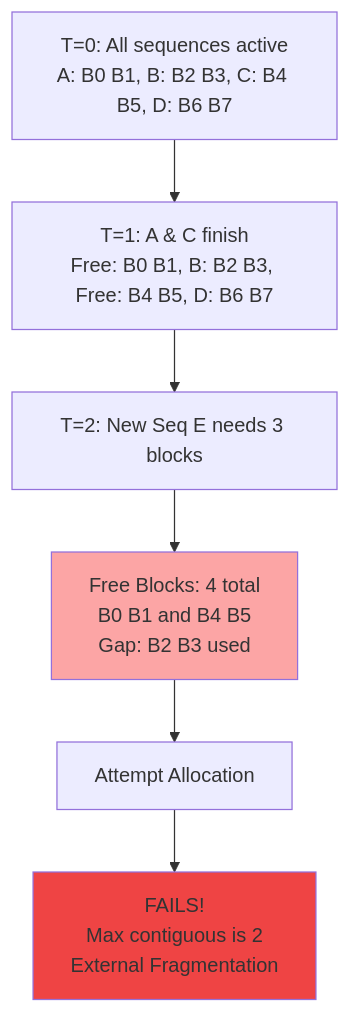
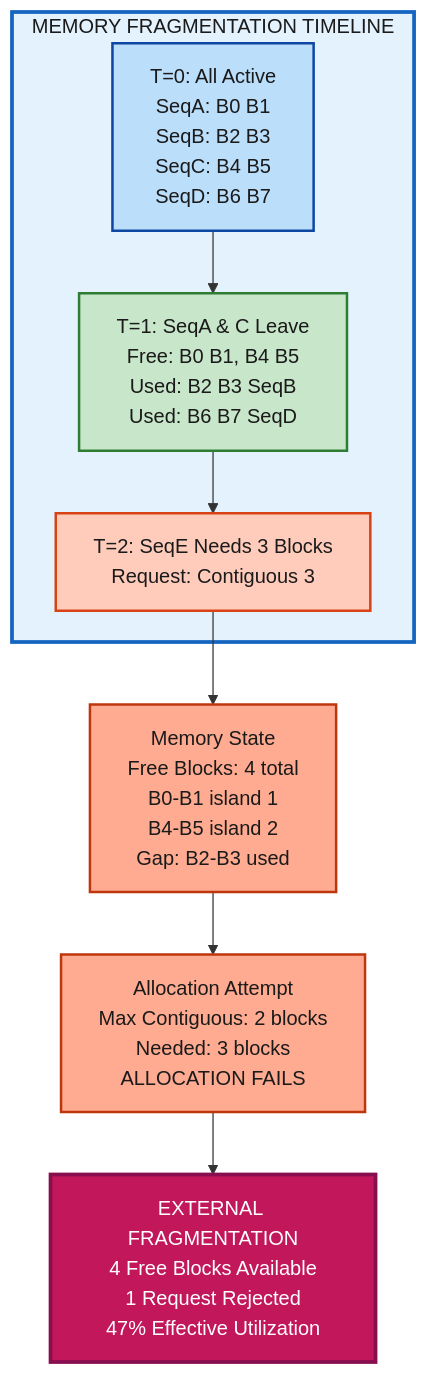
One commit to Shahriarin2garden/vllm_from_scratch changed the fourth of 9 diagrams in lab0.3/README.md. Above: the diagram before and after it, drawn with Mermaid. The commit also changed other lines of this file, not shown here.

Commit message:
Enhance Lab 0.3 README with detailed diagrams for KV cache operations, memory fragmentation, and performance metrics

````diff
--- a/lab0.3/README.md
+++ b/lab0.3/README.md
@@ -276,23 +305,25 @@
 ```mermaid
 graph TD
-    T0[T=0: All sequences active<br/>A: B0 B1, B: B2 B3, C: B4 B5, D: B6 B7]
+    subgraph TIMELINE["MEMORY FRAGMENTATION TIMELINE"]
+        T0["T=0: All Active<br/>SeqA: B0 B1<br/>SeqB: B2 B3<br/>SeqC: B4 B5<br/>SeqD: B6 B7"]
+        T1["T=1: SeqA & C Leave<br/>Free: B0 B1, B4 B5<br/>Used: B2 B3 SeqB<br/>Used: B6 B7 SeqD"]
+        T2["T=2: SeqE Needs 3 Blocks<br/>Request: Contiguous 3"]
+    end
     
-    T1[T=1: A & C finish<br/>Free: B0 B1, B: B2 B3, Free: B4 B5, D: B6 B7]
+    FRAGSTAT["Memory State<br/>Free Blocks: 4 total<br/>B0-B1 island 1<br/>B4-B5 island 2<br/>Gap: B2-B3 used"]
     
-    T2[T=2: New Seq E needs 3 blocks]
+    ATTEMPT["Allocation Attempt<br/>Max Contiguous: 2 blocks<br/>Needed: 3 blocks<br/>ALLOCATION FAILS"]
     
-    FB[Free Blocks: 4 total<br/>B0 B1 and B4 B5<br/>Gap: B2 B3 used]
+    PROBLEM["EXTERNAL FRAGMENTATION<br/>4 Free Blocks Available<br/>1 Request Rejected<br/>47% Effective Utilization"]
     
-    Attempt[Attempt Allocation]
+    T0 --> T1 --> T2 --> FRAGSTAT
+    FRAGSTAT --> ATTEMPT --> PROBLEM
     
-    Result[FAILS!<br/>Max contiguous is 2<br/>External Fragmentation]
-    
-    T0 --> T1
-    T1 --> T2
-    T2 --> FB
-    FB --> Attempt
-    Attempt --> Result
-    
-    style Result fill:#ef4444
-    style FB fill:#fca5a5
+    style TIMELINE fill:#e3f2fd,stroke:#1565c0,stroke-width:3px,color:#1a1a1a
+    style T0 fill:#bbdefb,stroke:#0d47a1,stroke-width:2px,color:#1a1a1a
+    style T1 fill:#c8e6c9,stroke:#2e7d32,stroke-width:2px,color:#1a1a1a
+    style T2 fill:#ffccbc,stroke:#d84315,stroke-width:2px,color:#1a1a1a
+    style FRAGSTAT fill:#ffab91,stroke:#bf360c,stroke-width:2px,color:#1a1a1a
+    style ATTEMPT fill:#ffab91,stroke:#bf360c,stroke-width:2px,color:#1a1a1a
+    style PROBLEM fill:#c2185b,color:#ffffff,stroke:#880e4f,stroke-width:3px
 ```
````
